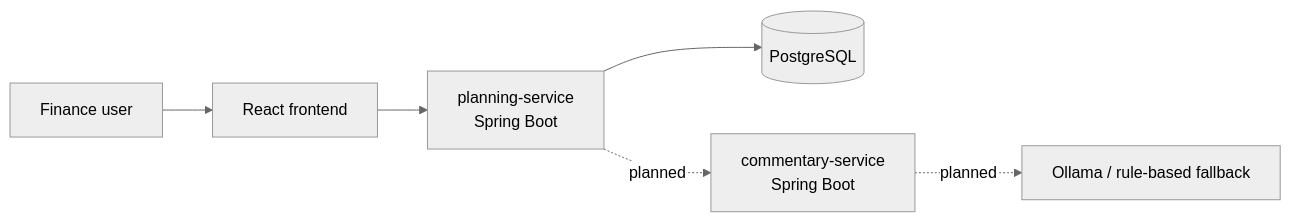
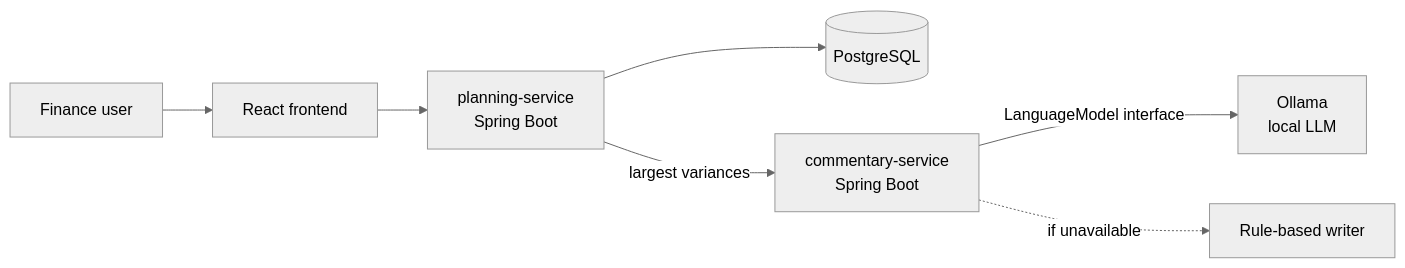
The diagram in README.md (YoussefElshafei/driverline), drawn with Mermaid (neutral theme) before and after one commit. The commit also changed other lines of this file and 64 other files, not shown here.

Commit message:
feat: add commentary-service with Ollama provider and rule-based fallback

````diff
--- a/README.md
+++ b/README.md
@@ -46,8 +43,9 @@
 ```mermaid
 flowchart LR
     user[Finance user] --> frontend[React frontend]
     frontend --> planning[planning-service<br/>Spring Boot]
     planning --> db[(PostgreSQL)]
-    planning -.planned.-> commentary[commentary-service<br/>Spring Boot]
-    commentary -.planned.-> llm[Ollama / rule-based fallback]
+    planning -->|largest variances| commentary[commentary-service<br/>Spring Boot]
+    commentary -->|LanguageModel interface| llm[Ollama<br/>local LLM]
+    commentary -.->|if unavailable| rules[Rule-based writer]
 ```
````
